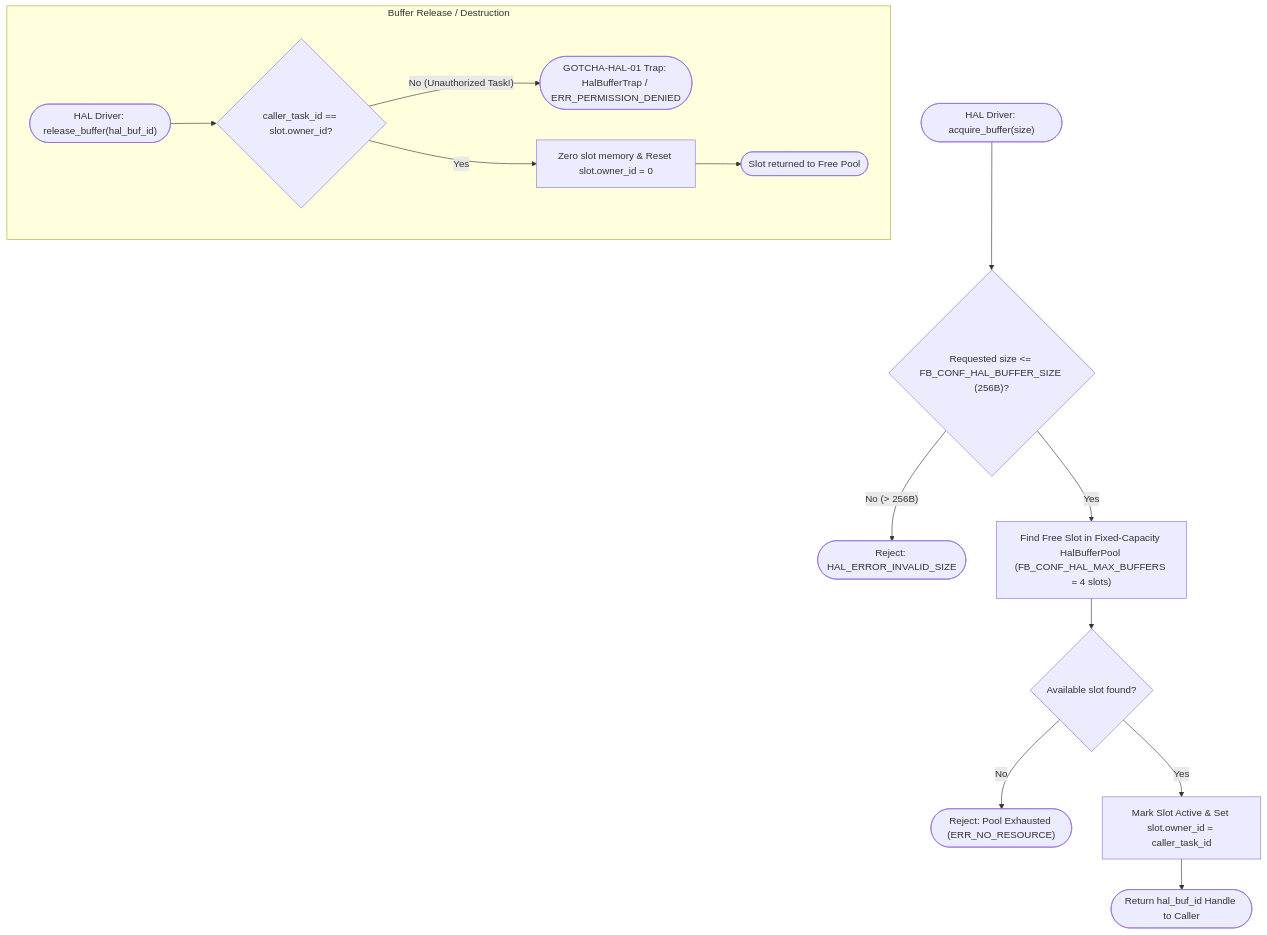
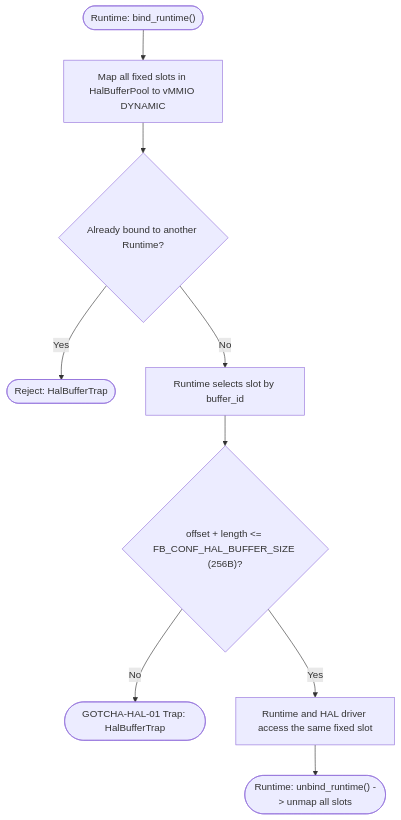
The second of 4 diagrams in docs/components/tier3_platform/platform_driver.md (kmt-t/fireball), drawn with Mermaid before and after one commit. The commit also changed other lines of this file and 70 other files, not shown here.

````diff
--- a/docs/components/tier3_platform/platform_driver.md
+++ b/docs/components/tier3_platform/platform_driver.md
@@ -80,19 +91,12 @@
 ```mermaid
 flowchart TD
-    Start(["HAL Driver: acquire_buffer(size)"]) --> CheckSize{"Requested size <= FB_CONF_HAL_BUFFER_SIZE (256B)?"}
-
-    CheckSize -- "No (> 256B)" --> RejectSize(["Reject: HAL_ERROR_INVALID_SIZE"])
-    CheckSize -- "Yes" --> AllocSlot["Find Free Slot in Fixed-Capacity HalBufferPool (FB_CONF_HAL_MAX_BUFFERS = 4 slots)"]
-    AllocSlot --> SlotFound{"Available slot found?"}
-
-    SlotFound -- "No" --> RejectFull(["Reject: Pool Exhausted (ERR_NO_RESOURCE)"])
-    SlotFound -- "Yes" --> MarkSlot["Mark Slot Active & Set slot.owner_id = caller_task_id"]
-    MarkSlot --> ReturnHandle(["Return hal_buf_id Handle to Caller"])
-
-    subgraph Buffer Release / Destruction
-        RelStart(["HAL Driver: release_buffer(hal_buf_id)"]) --> VerifyOwner{"caller_task_id == slot.owner_id?"}
-        VerifyOwner -- "No (Unauthorized Task!)" --> TrapOwner(["GOTCHA-HAL-01 Trap: HalBufferTrap / ERR_PERMISSION_DENIED"])
-        VerifyOwner -- "Yes" --> ClearSlot["Zero slot memory & Reset slot.owner_id = 0"]
-        ClearSlot --> ReturnPool(["Slot returned to Free Pool"])
-    end
+    Start(["Runtime: bind_runtime()"])
+    Start --> MapSlots["Map all fixed slots in HalBufferPool to vMMIO DYNAMIC"]
+    MapSlots --> SingleRuntime{"Already bound to another Runtime?"}
+    SingleRuntime -- "Yes" --> Reject(["Reject: HalBufferTrap"])
+    SingleRuntime -- "No" --> Select["Runtime selects slot by buffer_id"]
+    Select --> Bounds{"offset + length <= FB_CONF_HAL_BUFFER_SIZE (256B)?"}
+    Bounds -- "No" --> Trap(["GOTCHA-HAL-01 Trap: HalBufferTrap"])
+    Bounds -- "Yes" --> Access["Runtime and HAL driver access the same fixed slot"]
+    Access --> Unbind(["Runtime: unbind_runtime() -> unmap all slots"])
 ```
````
